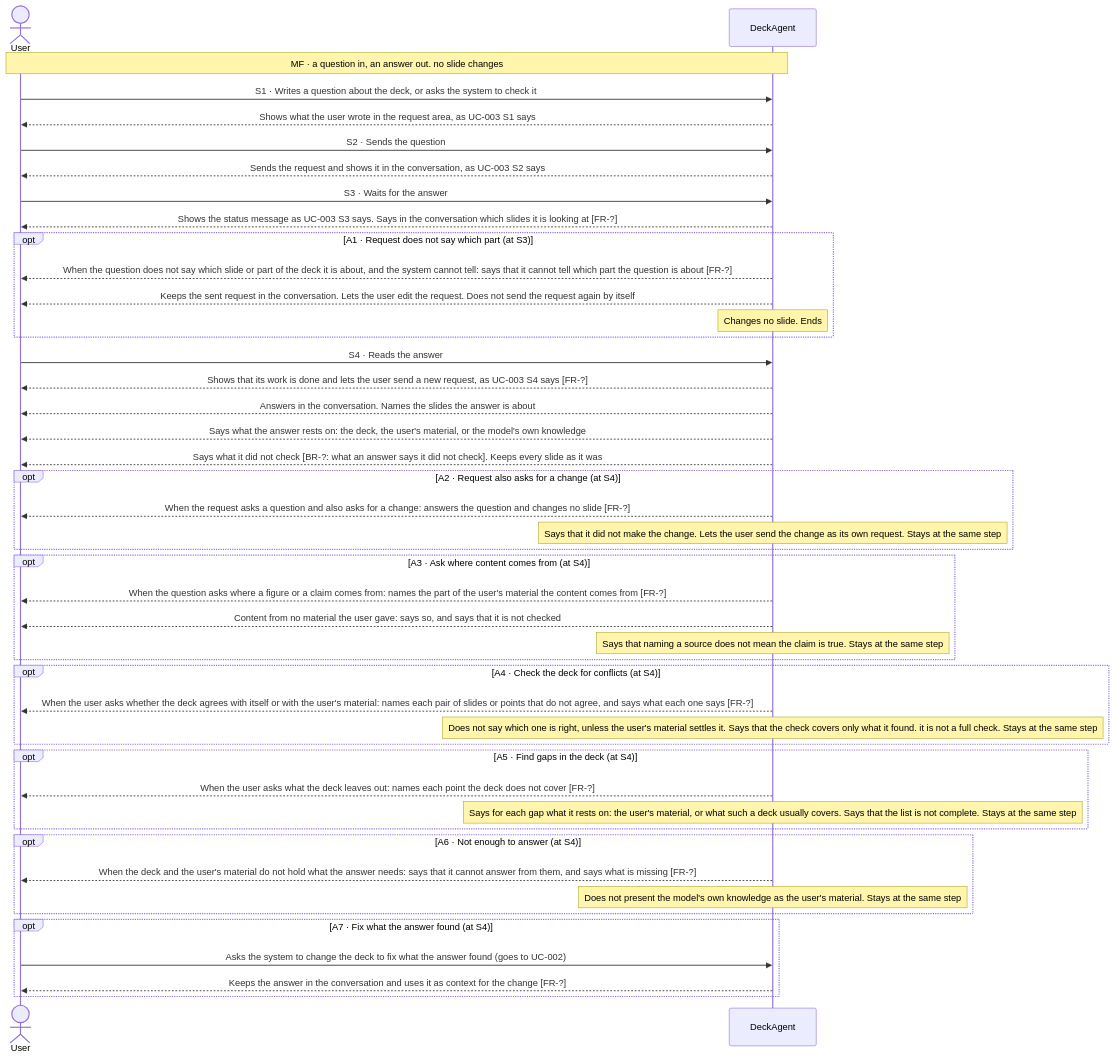
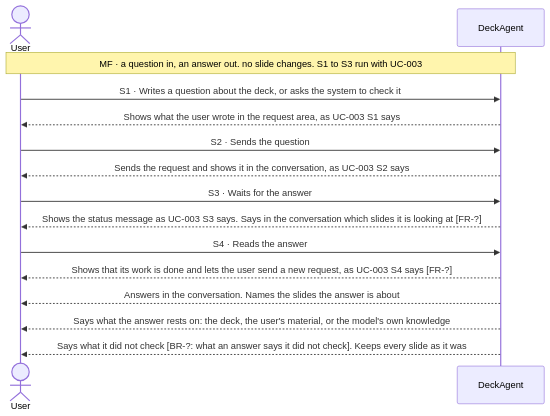
One commit to Luke23127006/DeckAgent changed the first of 8 diagrams in docs/spec/03-use-cases/UC-009.md. Above: the diagram before and after it, drawn with Mermaid. The commit also changed other lines of this file and 25 other files, not shown here.

Commit message:
docs(spec): restructure use cases with main flow first

````diff
--- a/docs/spec/03-use-cases/UC-009.md
+++ b/docs/spec/03-use-cases/UC-009.md
@@ -38,47 +38,17 @@
 ```mermaid
 sequenceDiagram
     actor User
     participant DeckAgent
-    Note over User,DeckAgent: MF · a question in, an answer out. no slide changes
+    Note over User,DeckAgent: MF · a question in, an answer out. no slide changes. S1 to S3 run with UC-003
     User->>DeckAgent: S1 · Writes a question about the deck, or asks the system to check it
     DeckAgent-->>User: Shows what the user wrote in the request area, as UC-003 S1 says
     User->>DeckAgent: S2 · Sends the question
     DeckAgent-->>User: Sends the request and shows it in the conversation, as UC-003 S2 says
     User->>DeckAgent: S3 · Waits for the answer
     DeckAgent-->>User: Shows the status message as UC-003 S3 says. Says in the conversation which slides it is looking at [FR-?]
-    opt A1 · Request does not say which part (at S3)
-        DeckAgent-->>User: When the question does not say which slide or part of the deck it is about, and the system cannot tell: says that it cannot tell which part the question is about [FR-?]
-        DeckAgent-->>User: Keeps the sent request in the conversation. Lets the user edit the request. Does not send the request again by itself
-        note over DeckAgent: Changes no slide. Ends
-    end
     User->>DeckAgent: S4 · Reads the answer
     DeckAgent-->>User: Shows that its work is done and lets the user send a new request, as UC-003 S4 says [FR-?]
     DeckAgent-->>User: Answers in the conversation. Names the slides the answer is about
     DeckAgent-->>User: Says what the answer rests on: the deck, the user's material, or the model's own knowledge
     DeckAgent-->>User: Says what it did not check [BR-?: what an answer says it did not check]. Keeps every slide as it was
-    opt A2 · Request also asks for a change (at S4)
-        DeckAgent-->>User: When the request asks a question and also asks for a change: answers the question and changes no slide [FR-?]
-        note over DeckAgent: Says that it did not make the change. Lets the user send the change as its own request. Stays at the same step
-    end
-    opt A3 · Ask where content comes from (at S4)
-        DeckAgent-->>User: When the question asks where a figure or a claim comes from: names the part of the user's material the content comes from [FR-?]
-        DeckAgent-->>User: Content from no material the user gave: says so, and says that it is not checked
-        note over DeckAgent: Says that naming a source does not mean the claim is true. Stays at the same step
-    end
-    opt A4 · Check the deck for conflicts (at S4)
-        DeckAgent-->>User: When the user asks whether the deck agrees with itself or with the user's material: names each pair of slides or points that do not agree, and says what each one says [FR-?]
-        note over DeckAgent: Does not say which one is right, unless the user's material settles it. Says that the check covers only what it found. it is not a full check. Stays at the same step
-    end
-    opt A5 · Find gaps in the deck (at S4)
-        DeckAgent-->>User: When the user asks what the deck leaves out: names each point the deck does not cover [FR-?]
-        note over DeckAgent: Says for each gap what it rests on: the user's material, or what such a deck usually covers. Says that the list is not complete. Stays at the same step
-    end
-    opt A6 · Not enough to answer (at S4)
-        DeckAgent-->>User: When the deck and the user's material do not hold what the answer needs: says that it cannot answer from them, and says what is missing [FR-?]
-        note over DeckAgent: Does not present the model's own knowledge as the user's material. Stays at the same step
-    end
-    opt A7 · Fix what the answer found (at S4)
-        User->>DeckAgent: Asks the system to change the deck to fix what the answer found (goes to UC-002)
-        DeckAgent-->>User: Keeps the answer in the conversation and uses it as context for the change [FR-?]
-    end
 ```
````
